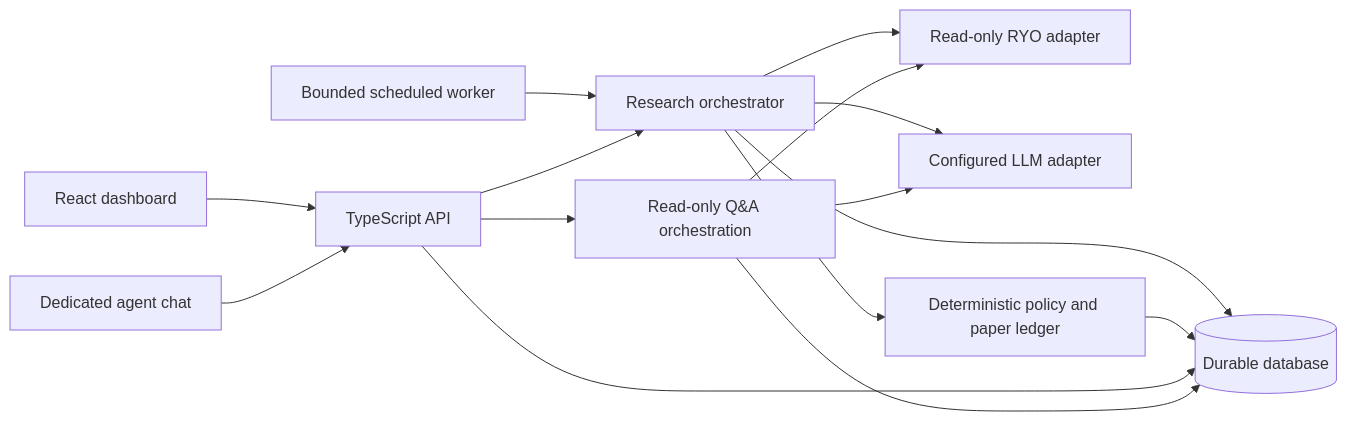
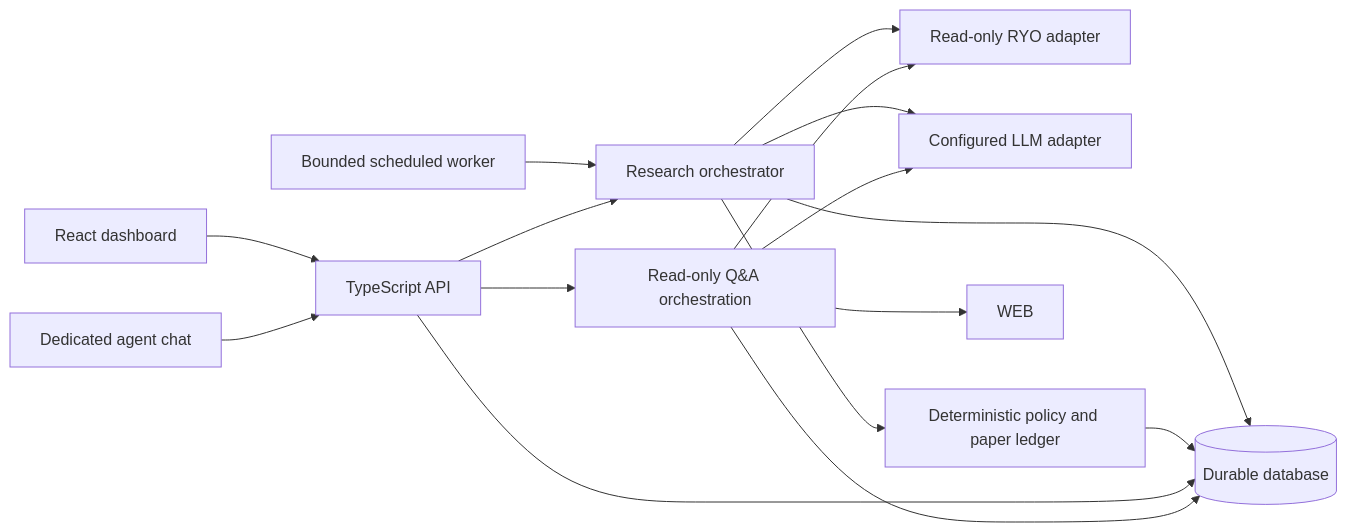
The second of 2 diagrams in README.md (7bryan7/TradeSense-Ryochan), drawn with Mermaid before and after one commit. The commit also changed other lines of this file and 42 other files, not shown here.

````diff
--- a/README.md
+++ b/README.md
@@ -100,17 +102,18 @@
 ```mermaid
 flowchart LR
     UI[React dashboard] --> API[TypeScript API]
     TIMER[Bounded scheduled worker] --> AGENT[Research orchestrator]
     API --> AGENT
     AGENT --> RYO[Read-only RYO adapter]
     AGENT --> MODEL[Configured LLM adapter]
     AGENT --> POLICY[Deterministic policy and paper ledger]
     AGENT --> DB[(Durable database)]
     POLICY --> DB
     API --> DB
     CHAT[Dedicated agent chat] --> API
     API --> QA[Read-only Q&A orchestration]
     QA --> RYO
+    QA --> WEB
     QA --> MODEL
     QA --> DB
 ```
````
